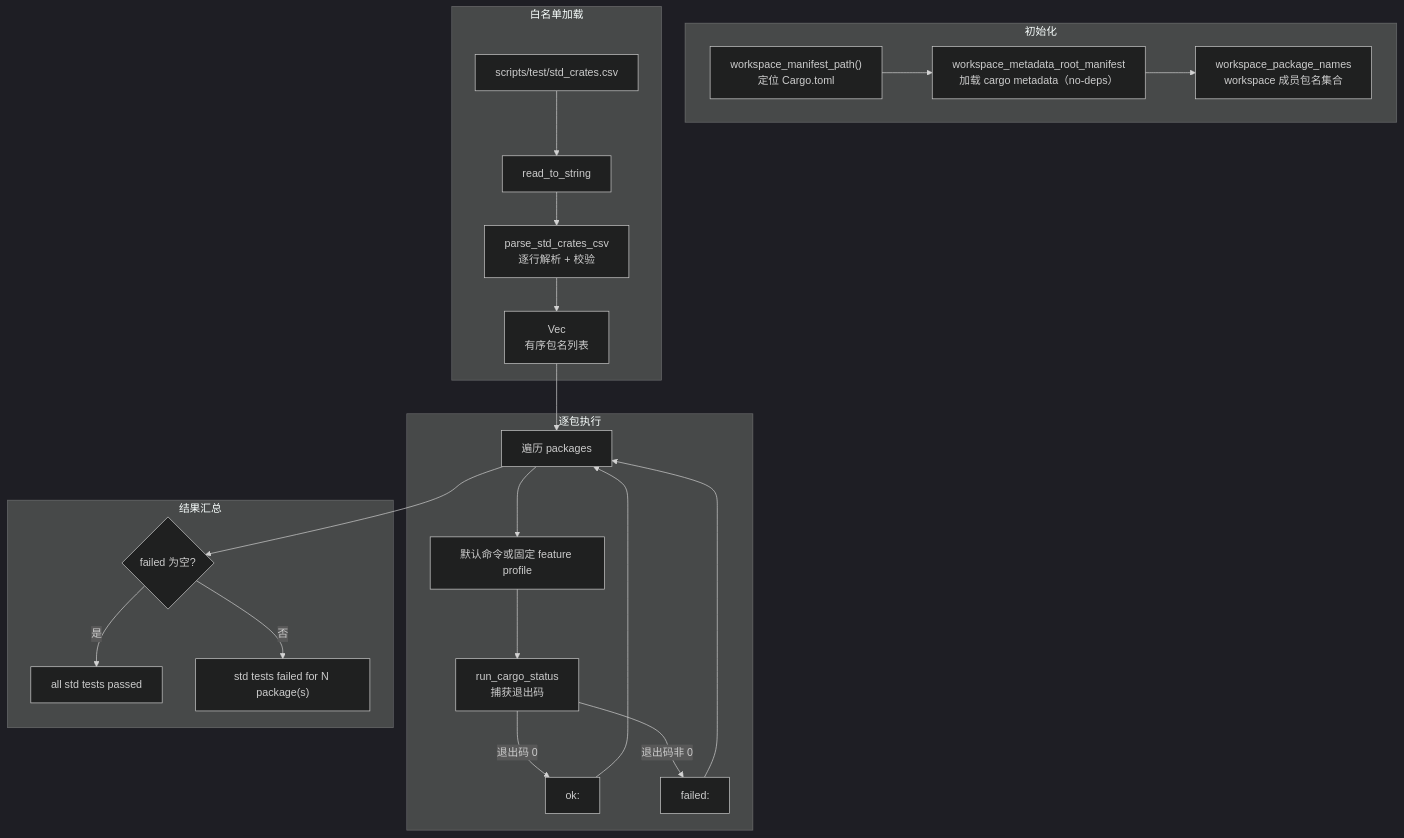
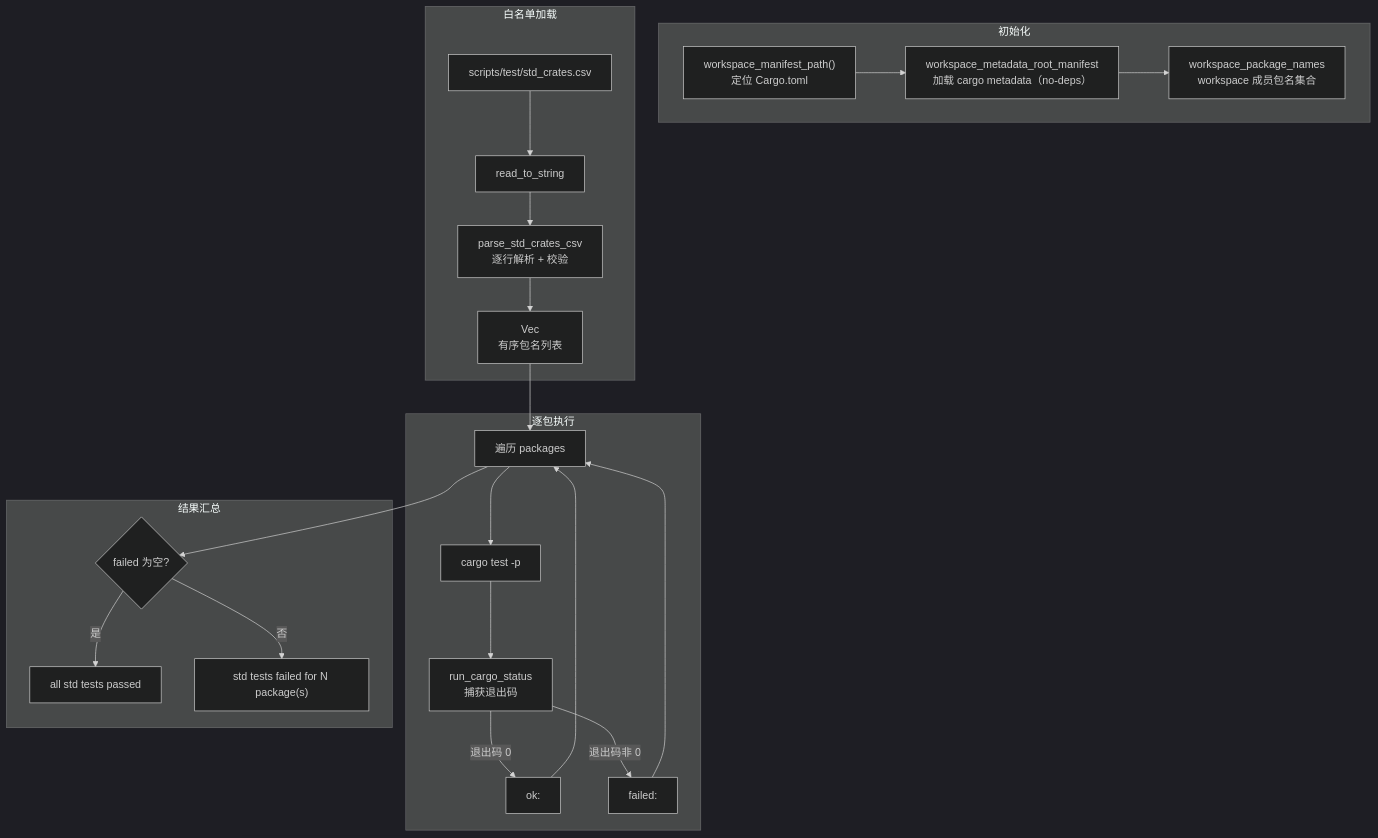
One commit to Dirinkbottle/tgoskits changed the diagram in docs/docs/build/test.md. Above: the diagram before and after it, drawn with Mermaid (dark theme). The commit also changed other lines of this file and 3840 other files, not shown here.

````diff
--- a/docs/docs/build/test.md
+++ b/docs/docs/build/test.md
@@ -23,40 +23,40 @@
 ```mermaid
 flowchart TB
     subgraph Init["初始化"]
         MANIFEST["workspace_manifest_path()<br/>定位 Cargo.toml"]
         META["workspace_metadata_root_manifest<br/>加载 cargo metadata（no-deps）"]
         NAMES["workspace_package_names<br/>workspace 成员包名集合"]
     end
 
     subgraph CSV["白名单加载"]
         PATH["scripts/test/std_crates.csv"]
         READ["read_to_string"]
         PARSE["parse_std_crates_csv<br/>逐行解析 + 校验"]
         PACKAGES["Vec<String><br/>有序包名列表"]
     end
 
     subgraph Run["逐包执行"]
         LOOP["遍历 packages"]
-        ARGS["默认命令或固定 feature profile"]
+        ARGS["cargo test -p <pkg>"]
         STATUS["run_cargo_status<br/>捕获退出码"]
         OK["ok: <pkg>"]
         FAIL["failed: <pkg>"]
     end
 
     subgraph Report["结果汇总"]
         EMPTY{"failed 为空?"}
         PASS["all std tests passed"]
         BAIL["std tests failed for N package(s)"]
     end
 
     MANIFEST --> META --> NAMES
     PATH --> READ --> PARSE --> PACKAGES
     PACKAGES --> LOOP --> ARGS --> STATUS
     STATUS -->|退出码 0| OK
     STATUS -->|退出码非 0| FAIL
     OK --> LOOP
     FAIL --> LOOP
     LOOP --> EMPTY
     EMPTY -->|是| PASS
     EMPTY -->|否| BAIL
 ```
````
